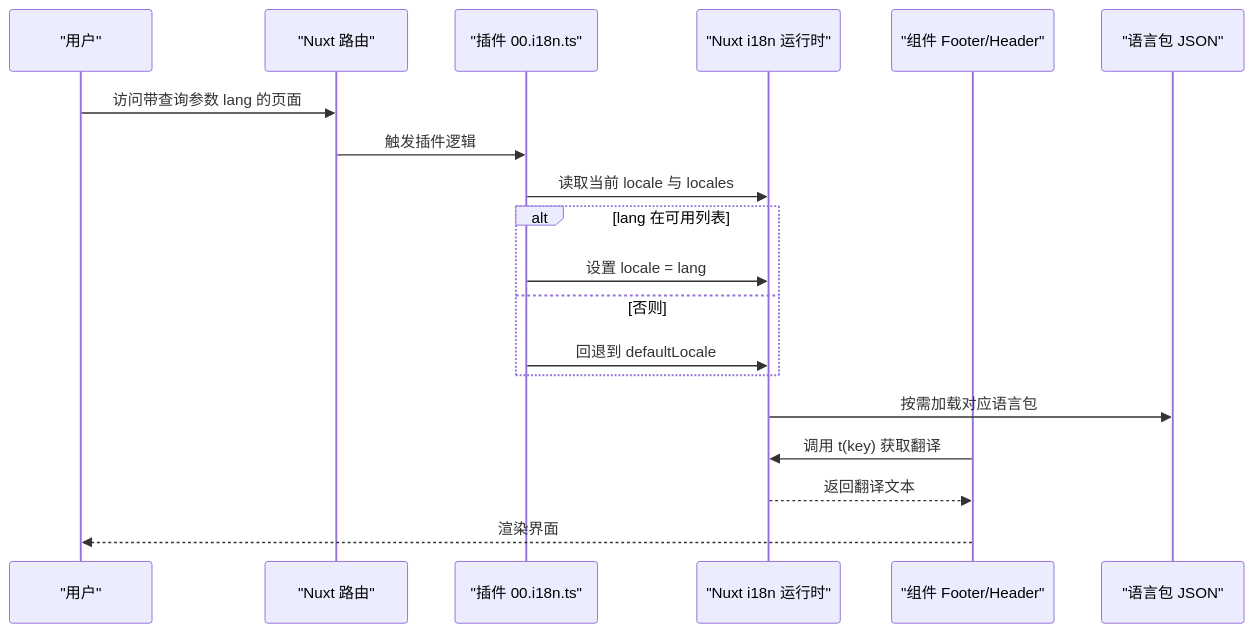
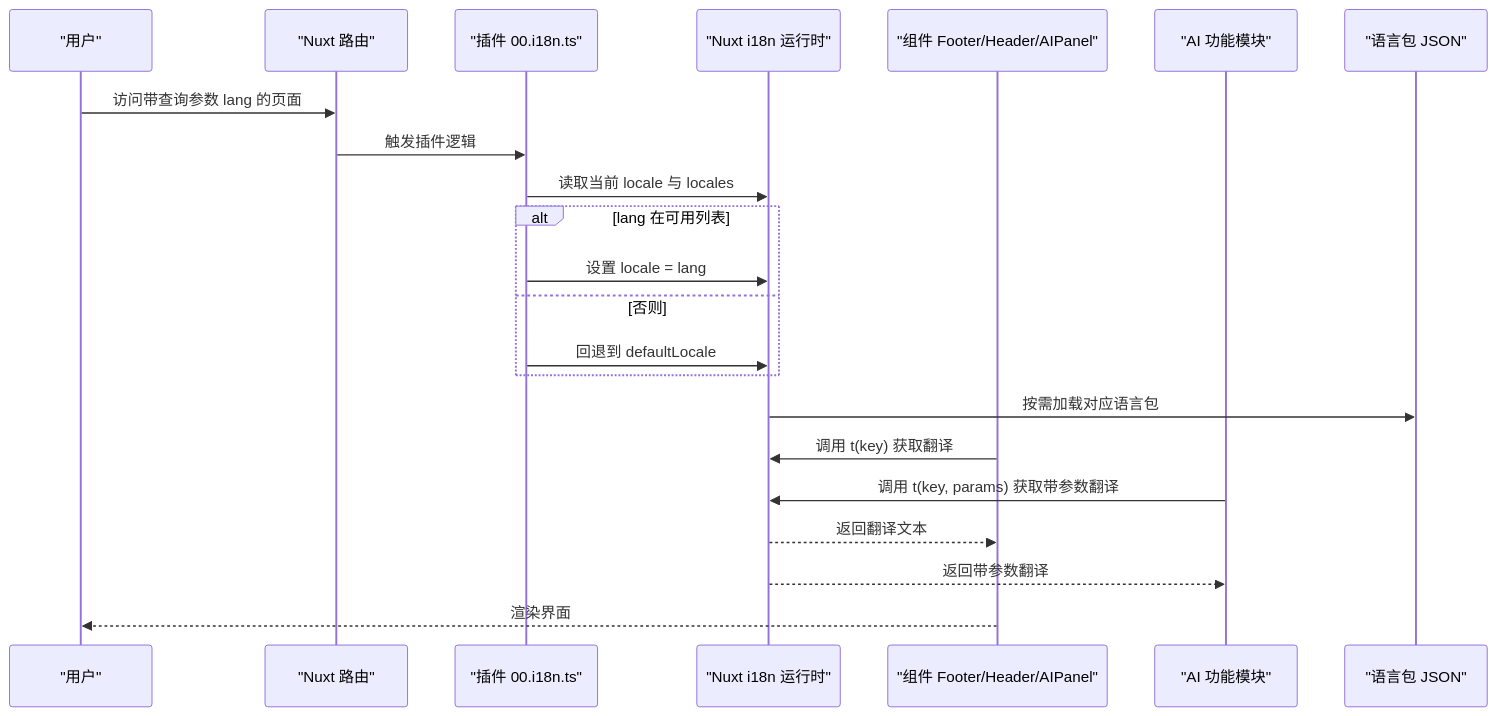
One commit to terwer/siyuan-plugin-blog changed the second of 5 diagrams in .qoder/repowiki/zh/content/核心功能/设置管理系统/多语言支持.md. Above: the diagram before and after it, drawn with Mermaid. The commit also changed other lines of this file and 31 other files, not shown here.

````diff
--- a/.qoder/repowiki/zh/content/核心功能/设置管理系统/多语言支持.md
+++ b/.qoder/repowiki/zh/content/核心功能/设置管理系统/多语言支持.md
@@ -94,21 +118,24 @@
 ```mermaid
 sequenceDiagram
 participant U as "用户"
 participant R as "Nuxt 路由"
 participant P as "插件 00.i18n.ts"
 participant I18N as "Nuxt i18n 运行时"
-participant C as "组件 Footer/Header"
+participant C as "组件 Footer/Header/AIPanel"
+participant AI as "AI 功能模块"
 participant L as "语言包 JSON"
 U->>R : 访问带查询参数 lang 的页面
 R->>P : 触发插件逻辑
 P->>I18N : 读取当前 locale 与 locales
 alt lang 在可用列表
 P->>I18N : 设置 locale = lang
 else 否则
 P->>I18N : 回退到 defaultLocale
 end
 I18N->>L : 按需加载对应语言包
 C->>I18N : 调用 t(key) 获取翻译
+AI->>I18N : 调用 t(key, params) 获取带参数翻译
 I18N-->>C : 返回翻译文本
+I18N-->>AI : 返回带参数翻译
 C-->>U : 渲染界面
 ```
````
